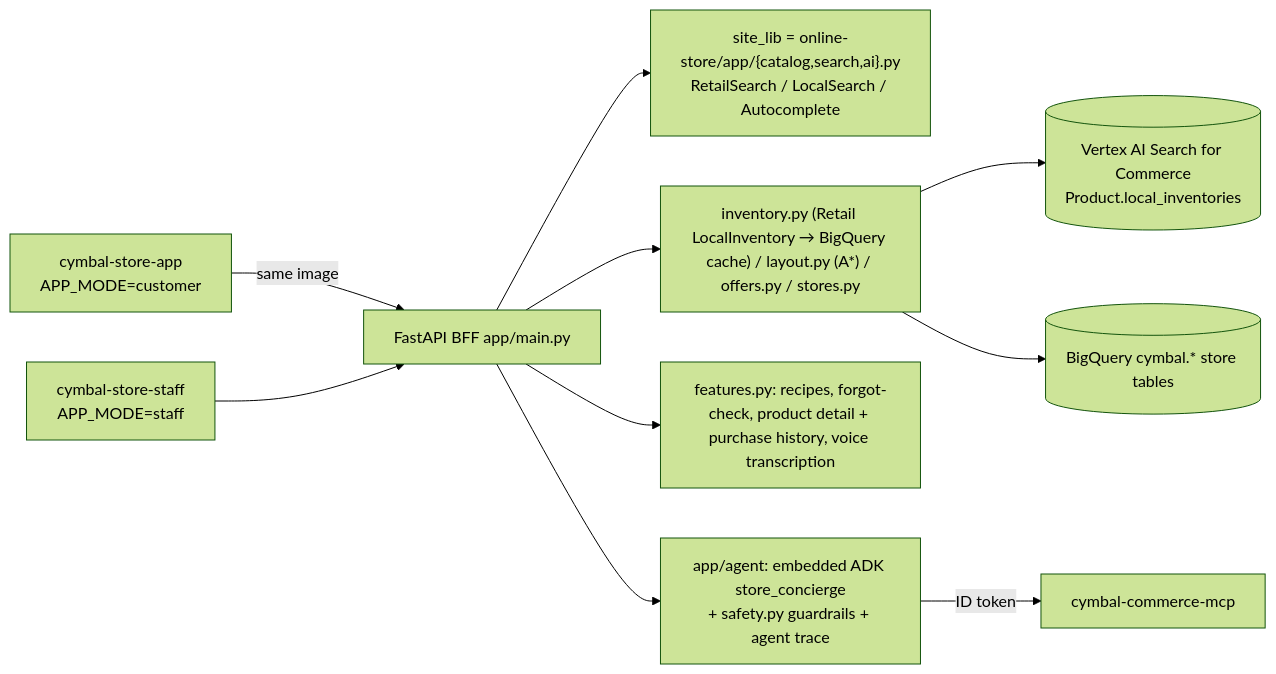
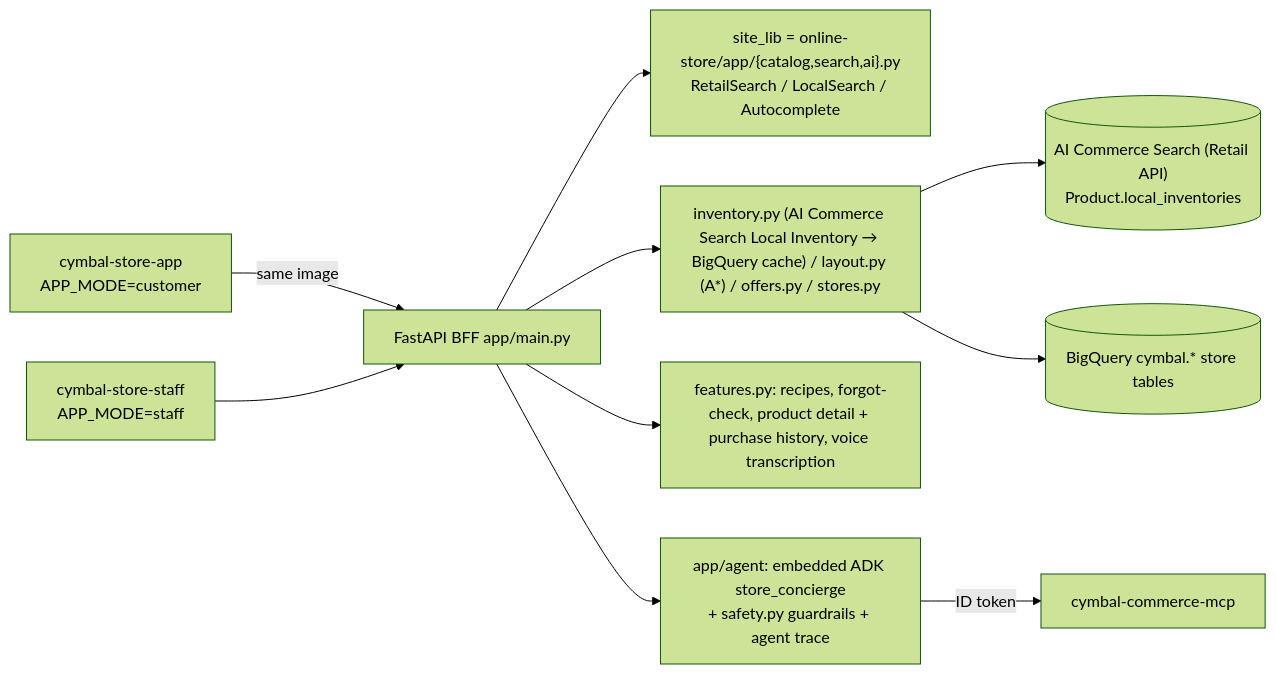
Before and after one commit to minsoojun-cloud/cymbal-retail-agentic-commerce-en-demo: the diagram in store-navi/README.md, drawn with Mermaid (forest theme). The commit also changed other lines of this file and 27 other files, not shown here.

First line of the commit message:
fix(naming): rename product to "AI Commerce Search" in apps, installer and docs

````diff
--- a/store-navi/README.md
+++ b/store-navi/README.md
@@ -8,12 +8,12 @@
 ```mermaid
 flowchart LR
   C["cymbal-store-app\nAPP_MODE=customer"] -->|same image| BFF["FastAPI BFF app/main.py"]
   S["cymbal-store-staff\nAPP_MODE=staff"] --> BFF
   BFF --> SL["site_lib = online-store/app/{catalog,search,ai}.py\nRetailSearch / LocalSearch / Autocomplete"]
-  BFF --> INV["inventory.py (Retail LocalInventory → BigQuery cache) / layout.py (A*) / offers.py / stores.py"]
+  BFF --> INV["inventory.py (AI Commerce Search Local Inventory → BigQuery cache) / layout.py (A*) / offers.py / stores.py"]
   BFF --> FT["features.py: recipes, forgot-check, product detail + purchase history, voice transcription"]
   BFF --> AG["app/agent: embedded ADK store_concierge\n+ safety.py guardrails + agent trace"]
   AG -->|ID token| MCP["cymbal-commerce-mcp"]
-  INV --> RET[("Vertex AI Search for Commerce\nProduct.local_inventories")]
+  INV --> RET[("AI Commerce Search (Retail API)\nProduct.local_inventories")]
   INV --> BQ[("BigQuery cymbal.* store tables")]
 ```
````
